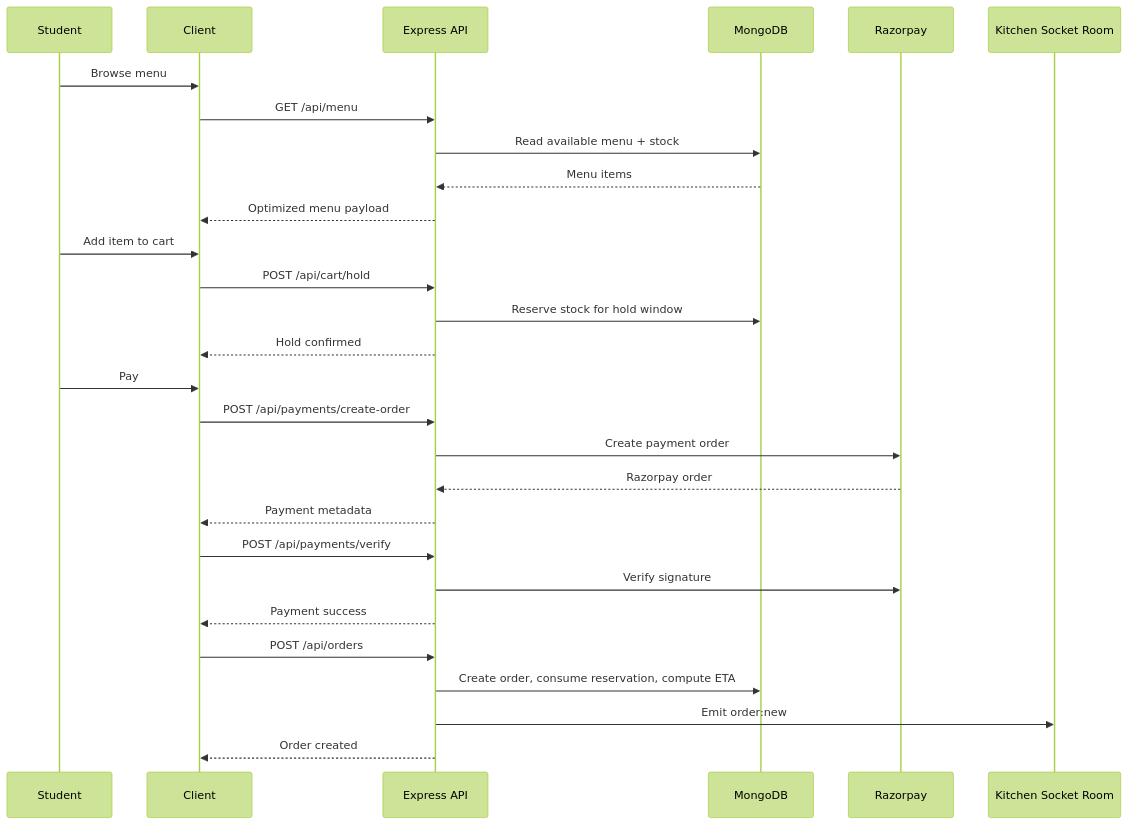
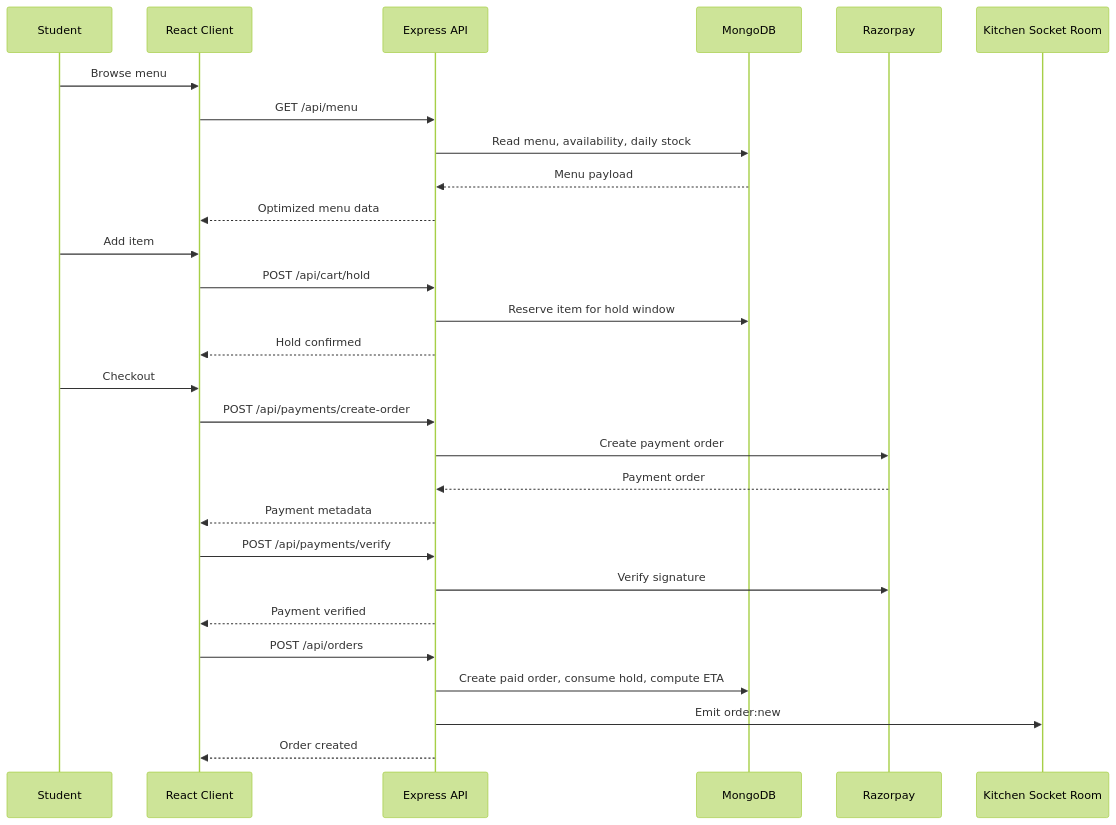
One commit to dipeshkr04/UniFeast changed the third of 10 diagrams in README.md. Above: the diagram before and after it, drawn with Mermaid (forest theme). The commit also changed other lines of this file and 4 other files, not shown here.

````diff
--- a/README.md
+++ b/README.md
@@ -81,35 +146,35 @@
 ```mermaid
 sequenceDiagram
-  participant S as Student
-  participant C as Client
+  participant Student
+  participant Client as React Client
   participant API as Express API
   participant DB as MongoDB
-  participant P as Razorpay
-  participant K as Kitchen Socket Room
+  participant Pay as Razorpay
+  participant Kitchen as Kitchen Socket Room
 
-  S->>C: Browse menu
-  C->>API: GET /api/menu
-  API->>DB: Read available menu + stock
-  DB-->>API: Menu items
-  API-->>C: Optimized menu payload
+  Student->>Client: Browse menu
+  Client->>API: GET /api/menu
+  API->>DB: Read menu, availability, daily stock
+  DB-->>API: Menu payload
+  API-->>Client: Optimized menu data
 
-  S->>C: Add item to cart
-  C->>API: POST /api/cart/hold
-  API->>DB: Reserve stock for hold window
-  API-->>C: Hold confirmed
+  Student->>Client: Add item
+  Client->>API: POST /api/cart/hold
+  API->>DB: Reserve item for hold window
+  API-->>Client: Hold confirmed
 
-  S->>C: Pay
-  C->>API: POST /api/payments/create-order
-  API->>P: Create payment order
-  P-->>API: Razorpay order
-  API-->>C: Payment metadata
+  Student->>Client: Checkout
+  Client->>API: POST /api/payments/create-order
+  API->>Pay: Create payment order
+  Pay-->>API: Payment order
+  API-->>Client: Payment metadata
 
-  C->>API: POST /api/payments/verify
-  API->>P: Verify signature
-  API-->>C: Payment success
+  Client->>API: POST /api/payments/verify
+  API->>Pay: Verify signature
+  API-->>Client: Payment verified
 
-  C->>API: POST /api/orders
-  API->>DB: Create order, consume reservation, compute ETA
-  API->>K: Emit order:new
-  API-->>C: Order created
+  Client->>API: POST /api/orders
+  API->>DB: Create paid order, consume hold, compute ETA
+  API->>Kitchen: Emit order:new
+  API-->>Client: Order created
 ```
````
